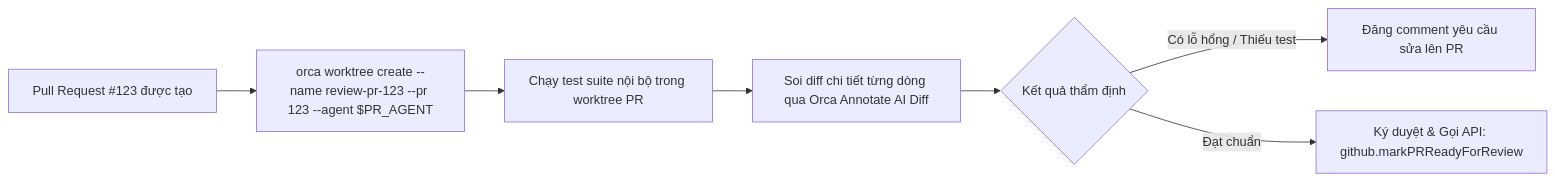
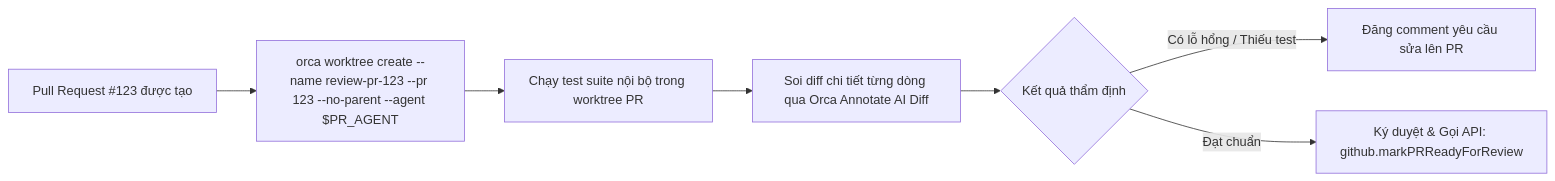
One commit to thapld/orca-multi-agent-orchestrator changed the fourth of 8 diagrams in docs/workflows.md. Above: the diagram before and after it, drawn with Mermaid. The commit also changed other lines of this file and 8 other files, not shown here.

````diff
--- a/docs/workflows.md
+++ b/docs/workflows.md
@@ -117,9 +117,9 @@
 ```mermaid
 flowchart LR
-    PROpen["Pull Request #123 được tạo"] --> CheckoutPR["orca worktree create --name review-pr-123 --pr 123 --agent $PR_AGENT"]
+    PROpen["Pull Request #123 được tạo"] --> CheckoutPR["orca worktree create --name review-pr-123 --pr 123 --no-parent --agent $PR_AGENT"]
     CheckoutPR --> RunCI["Chạy test suite nội bộ trong worktree PR"]
     RunCI --> DiffAudit["Soi diff chi tiết từng dòng qua Orca Annotate AI Diff"]
     DiffAudit --> Verdict{"Kết quả thẩm định"}
     Verdict -- "Có lỗ hổng / Thiếu test" --> CommentBack["Đăng comment yêu cầu sửa lên PR"]
     Verdict -- "Đạt chuẩn" --> ApprovePR["Ký duyệt & Gọi API: github.markPRReadyForReview"]
 ```
````
